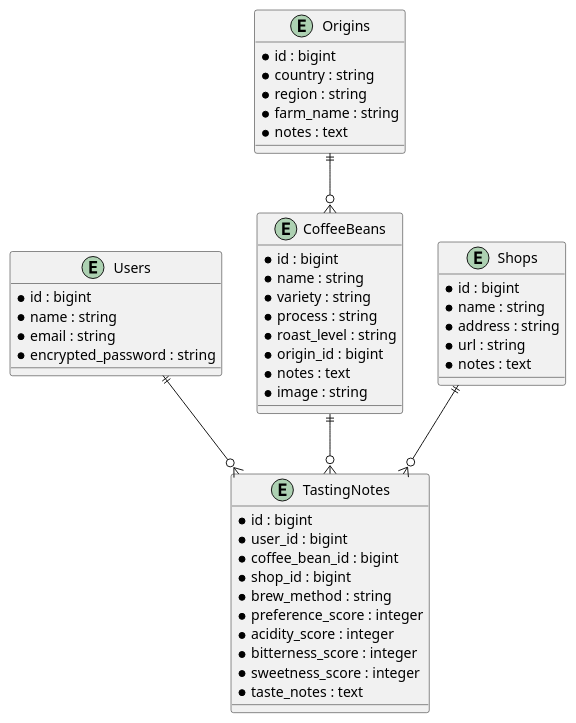
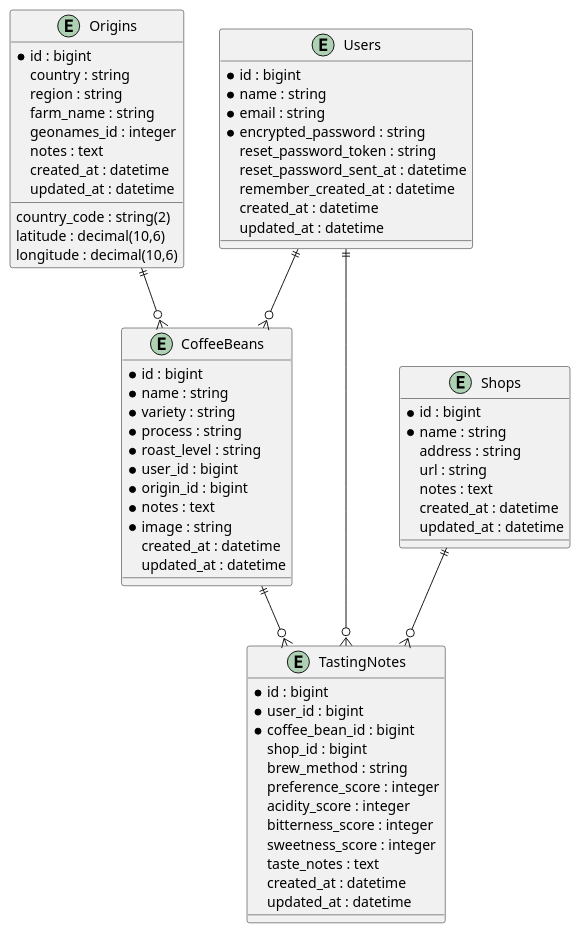
One commit to n-wata-ru/exit_examination_rails changed the diagram in er.puml. Above: the diagram before and after it, drawn with PlantUML. The commit also changed 2 other files, not shown here.

Commit message:
ER図をoriginとcoffeeBeanテーブルの変更に合わせて更新

```diff
--- a/er.puml
+++ b/er.puml
@@ -1,53 +1,72 @@
 @startuml
 entity Users {
   *id : bigint
   *name : string
   *email : string
   *encrypted_password : string
+  reset_password_token : string
+  reset_password_sent_at : datetime
+  remember_created_at : datetime
+  created_at : datetime
+  updated_at : datetime
 }
 
 entity CoffeeBeans {
   *id : bigint
   *name : string
   *variety : string
   *process : string
   *roast_level : string
+  *user_id : bigint
   *origin_id : bigint
   *notes : text
   *image : string
+  created_at : datetime
+  updated_at : datetime
 }
 
 entity TastingNotes {
   *id : bigint
   *user_id : bigint
   *coffee_bean_id : bigint
-  *shop_id : bigint
-  *brew_method : string
-  *preference_score : integer
-  *acidity_score : integer
-  *bitterness_score : integer
-  *sweetness_score : integer
-  *taste_notes : text
+  shop_id : bigint
+  brew_method : string
+  preference_score : integer
+  acidity_score : integer
+  bitterness_score : integer
+  sweetness_score : integer
+  taste_notes : text
+  created_at : datetime
+  updated_at : datetime
 }
 
 entity Shops {
   *id : bigint
   *name : string
-  *address : string
-  *url : string
-  *notes : text
+  address : string
+  url : string
+  notes : text
+  created_at : datetime
+  updated_at : datetime
 }
 
 entity Origins {
   *id : bigint
-  *country : string
-  *region : string
-  *farm_name : string
-  *notes : text
+  country : string
+  country_code : string(2)
+  region : string
+  farm_name : string
+  geonames_id : integer
+  latitude : decimal(10,6)
+  longitude : decimal(10,6)
+  notes : text
+  created_at : datetime
+  updated_at : datetime
 }
 
+Users ||--o{ CoffeeBeans
 Users ||--o{ TastingNotes
 CoffeeBeans ||--o{ TastingNotes
 Shops ||--o{ TastingNotes
 Origins ||--o{ CoffeeBeans
 @enduml
```
